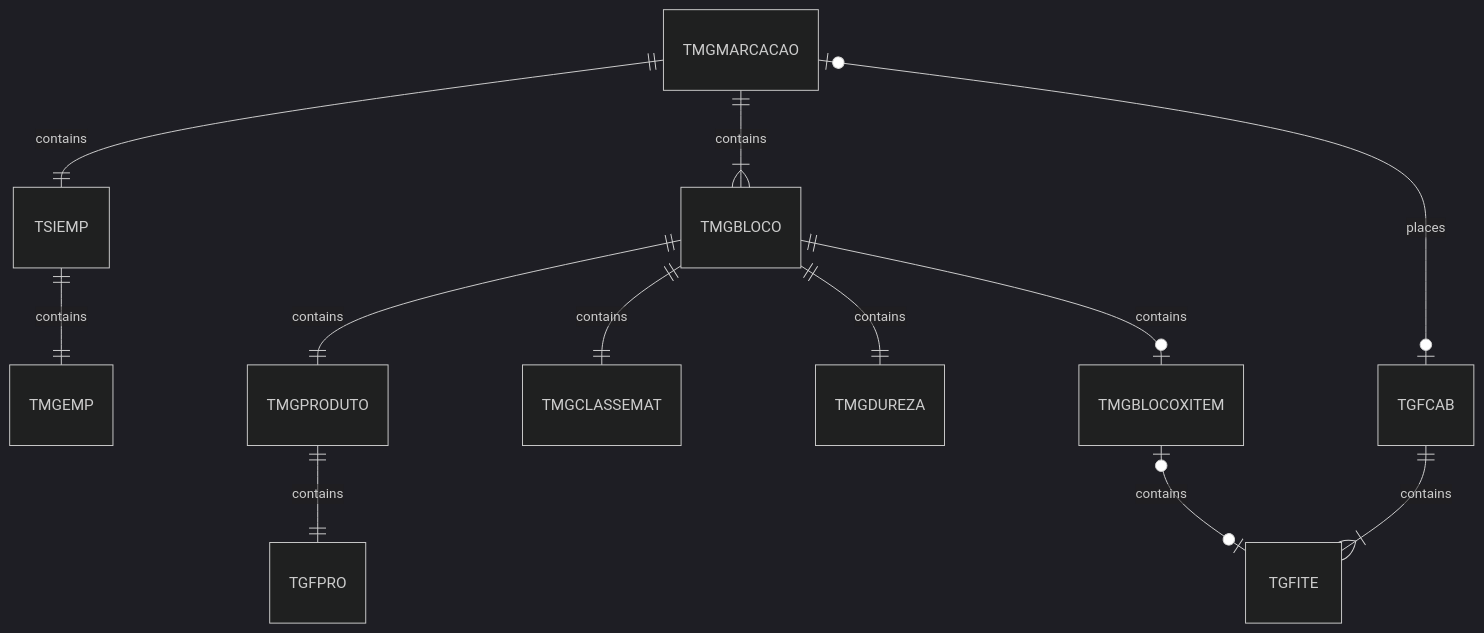
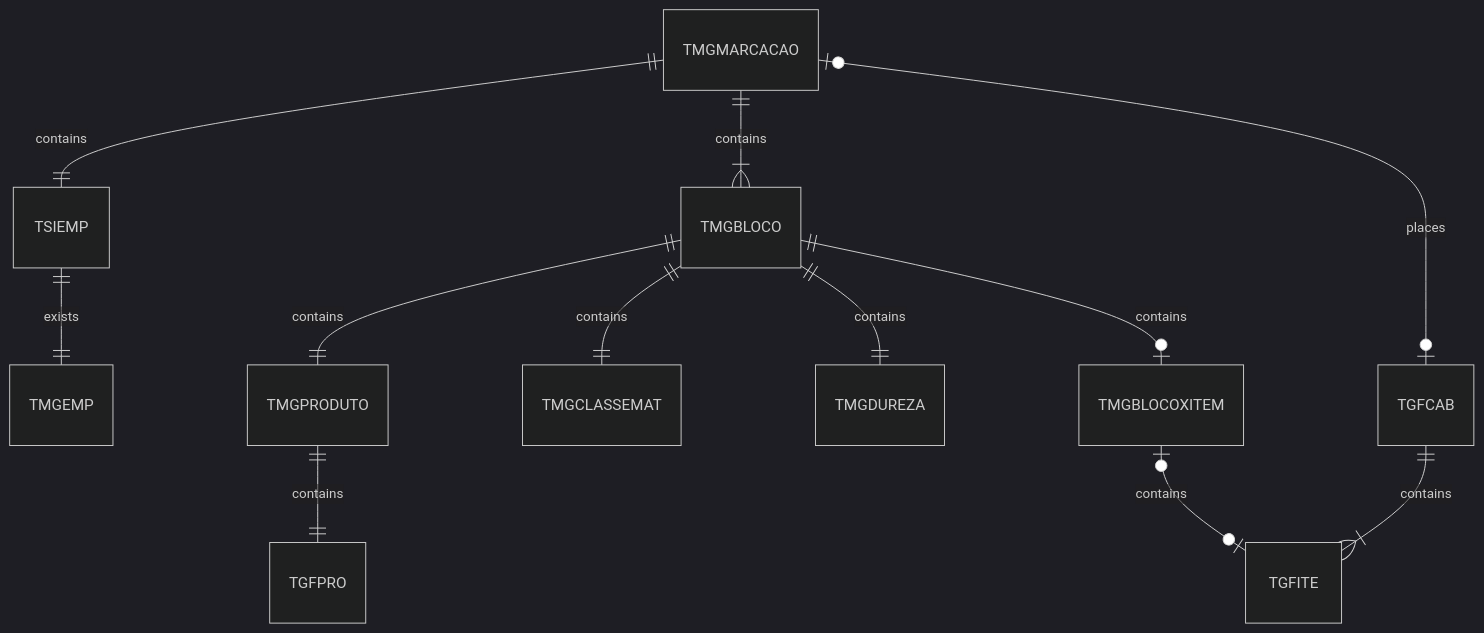
The first of 2 diagrams in docs/_database/index.md (cbmsoft/margrandocs), drawn with Mermaid (dark theme) before and after one commit. The commit also changed other lines of this file and 121 other files, not shown here.

````diff
--- a/docs/_database/index.md
+++ b/docs/_database/index.md
@@ -25,15 +27,15 @@
 ```mermaid
 erDiagram
     TMGMARCACAO ||--|| TSIEMP : contains
     TMGMARCACAO ||--|{ TMGBLOCO : contains
     TMGBLOCO ||--|| TMGPRODUTO : contains
     TMGBLOCO ||--|| TMGCLASSEMAT : contains
     TMGBLOCO ||--|| TMGDUREZA : contains
     TMGPRODUTO ||--|| TGFPRO : contains
     TMGMARCACAO |o--o| TGFCAB : places
     TGFCAB ||--|{ TGFITE : contains
     TMGBLOCO ||--o| TMGBLOCOXITEM : contains
     TMGBLOCOXITEM |o--o| TGFITE : contains
 
-    TSIEMP ||--|| TMGEMP : contains
+    TSIEMP ||--|| TMGEMP : exists
 ```
````
